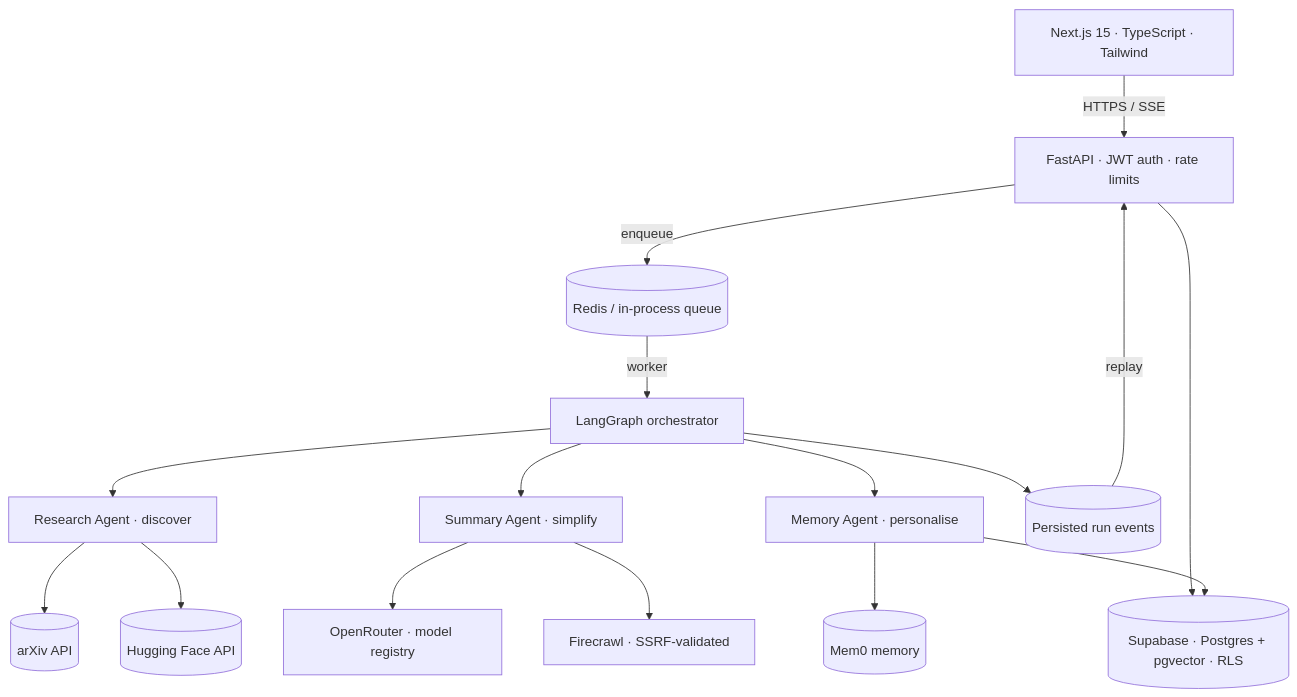
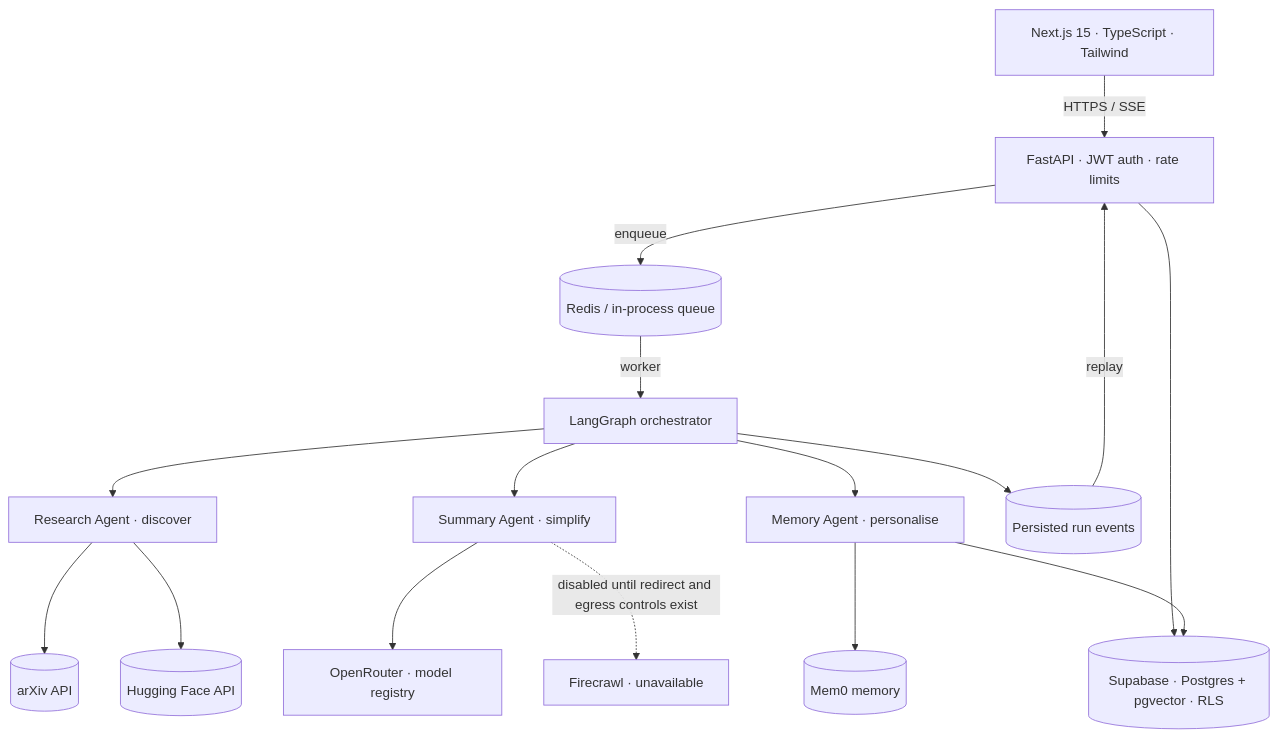
The first of 2 diagrams in README.md (mahirmlk/Zenith), drawn with Mermaid before and after one commit. The commit also changed other lines of this file and 155 other files, not shown here.

````diff
--- a/README.md
+++ b/README.md
@@ -213,18 +214,18 @@
 ```mermaid
 flowchart TB
     Browser[Next.js 15 · TypeScript · Tailwind] -->|HTTPS / SSE| API[FastAPI · JWT auth · rate limits]
     API -->|enqueue| Queue[(Redis / in-process queue)]
     Queue -->|worker| Orchestrator[LangGraph orchestrator]
     Orchestrator --> Research[Research Agent · discover]
     Orchestrator --> Summary[Summary Agent · simplify]
     Orchestrator --> Memory[Memory Agent · personalise]
     Orchestrator --> Events[(Persisted run events)]
     Events -->|replay| API
     API --> DB[(Supabase · Postgres + pgvector · RLS)]
     Research --> ArXiv[(arXiv API)]
     Research --> HF[(Hugging Face API)]
     Summary --> OpenRouter[OpenRouter · model registry]
-    Summary --> Firecrawl[Firecrawl · SSRF-validated]
+    Summary -. disabled until redirect and egress controls exist .-> Firecrawl[Firecrawl · unavailable]
     Memory --> Mem0[(Mem0 memory)]
     Memory --> DB
 ```
````
